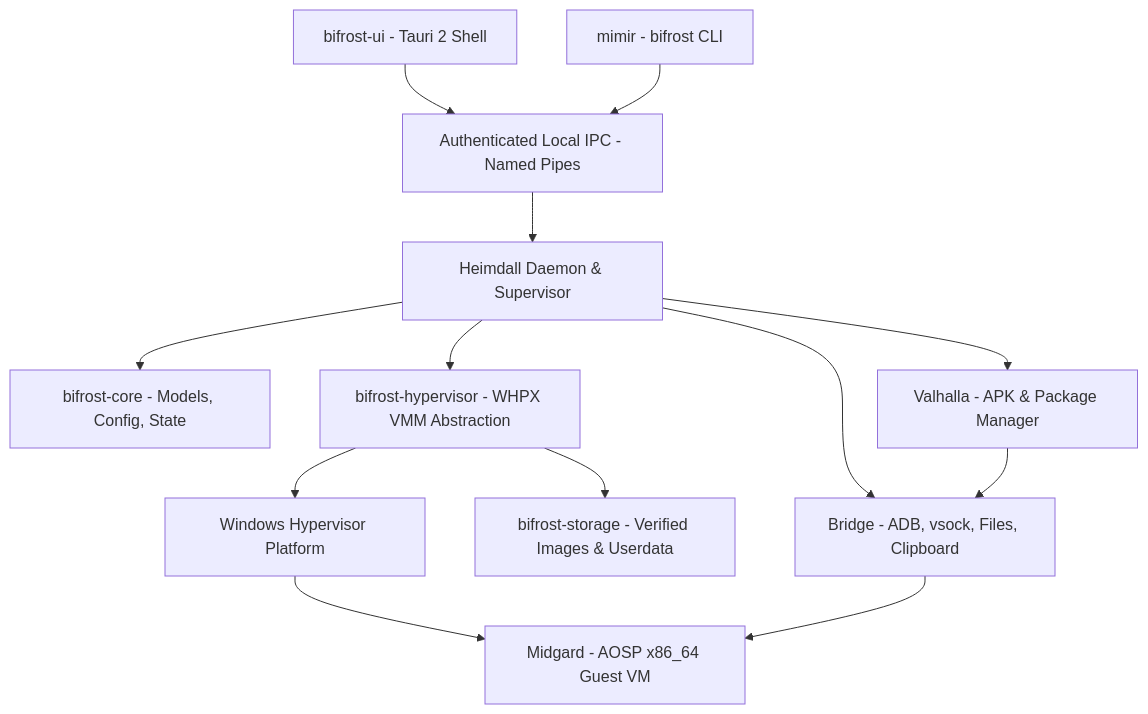
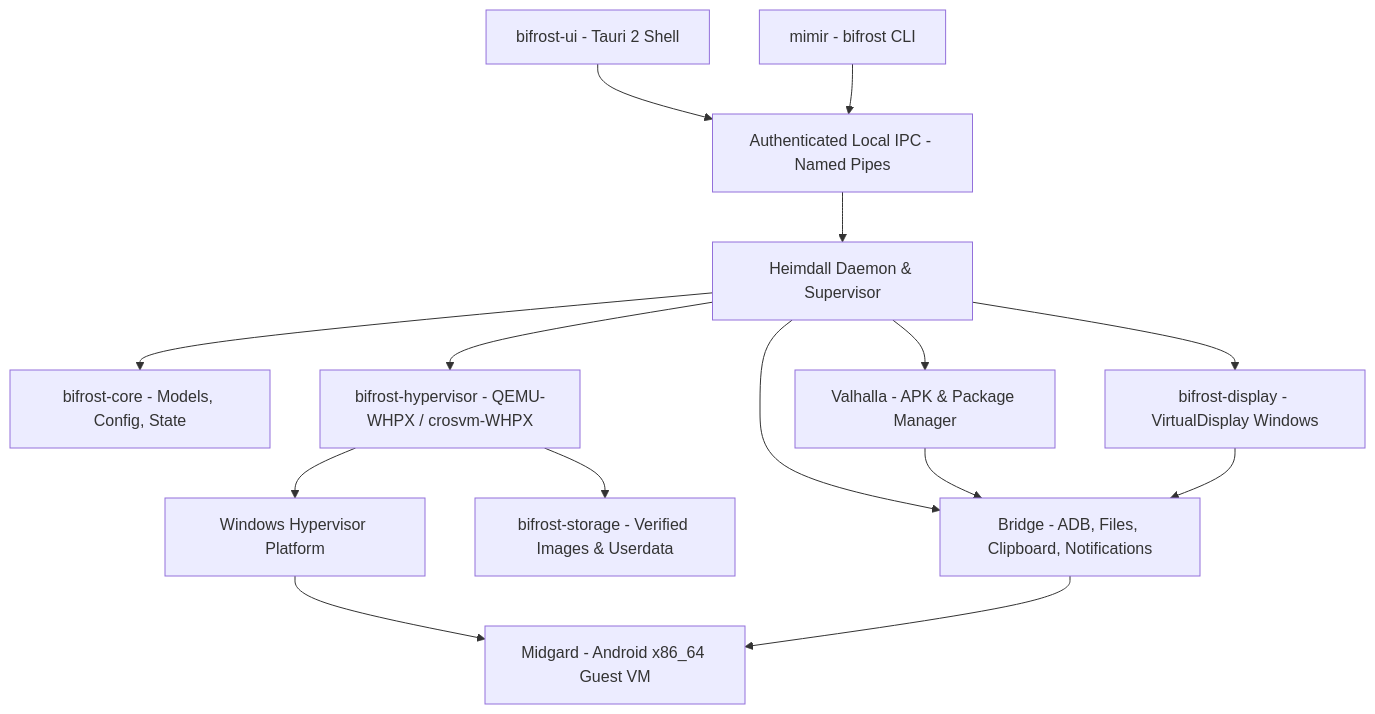
One commit to kiramman-mp3/bifrost changed the diagram in README.md. Above: the diagram before and after it, drawn with Mermaid. The commit also changed other lines of this file, not shown here.

````diff
--- a/README.md
+++ b/README.md
@@ -74,15 +77,17 @@
 ```mermaid
 graph TD
     UI[bifrost-ui - Tauri 2 Shell] --> IPC[Authenticated Local IPC - Named Pipes]
     CLI[mimir - bifrost CLI] --> IPC
     IPC --> HEIMDALL[Heimdall Daemon & Supervisor]
     HEIMDALL --> CORE[bifrost-core - Models, Config, State]
     HEIMDALL --> VALHALLA[Valhalla - APK & Package Manager]
-    HEIMDALL --> BRIDGE[Bridge - ADB, vsock, Files, Clipboard]
-    HEIMDALL --> HYP[bifrost-hypervisor - WHPX VMM Abstraction]
+    HEIMDALL --> BRIDGE[Bridge - ADB, Files, Clipboard, Notifications]
+    HEIMDALL --> DISPLAY[bifrost-display - VirtualDisplay Windows]
+    HEIMDALL --> HYP[bifrost-hypervisor - QEMU-WHPX / crosvm-WHPX]
     HYP --> STORAGE[bifrost-storage - Verified Images & Userdata]
     HYP --> WHPX[Windows Hypervisor Platform]
-    WHPX --> MIDGARD[Midgard - AOSP x86_64 Guest VM]
+    WHPX --> MIDGARD[Midgard - Android x86_64 Guest VM]
     VALHALLA --> BRIDGE
+    DISPLAY --> BRIDGE
     BRIDGE --> MIDGARD
 ```
````
